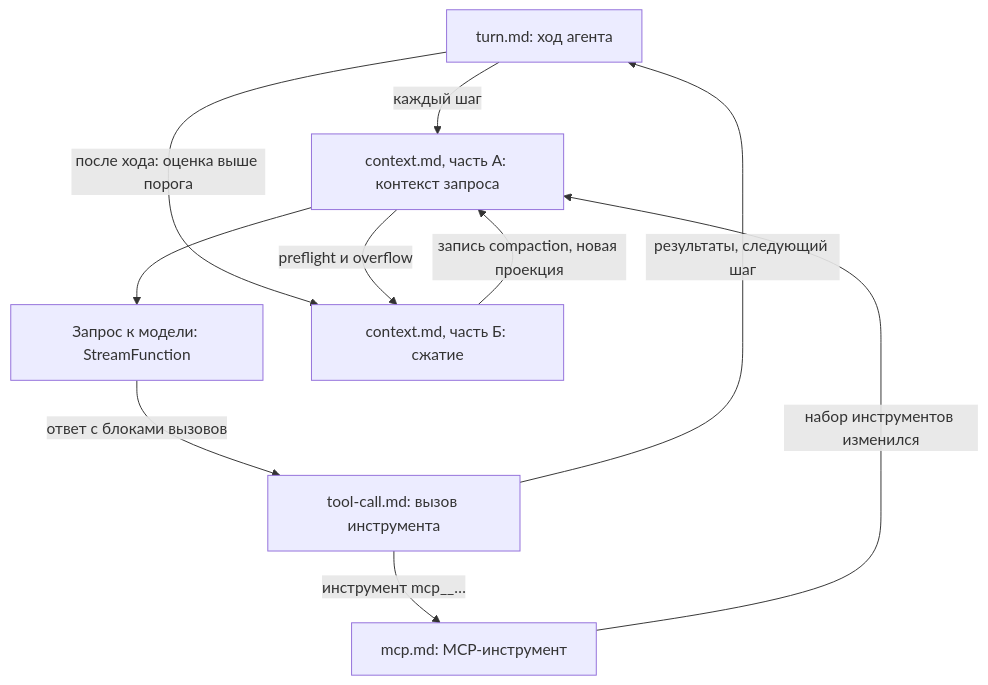
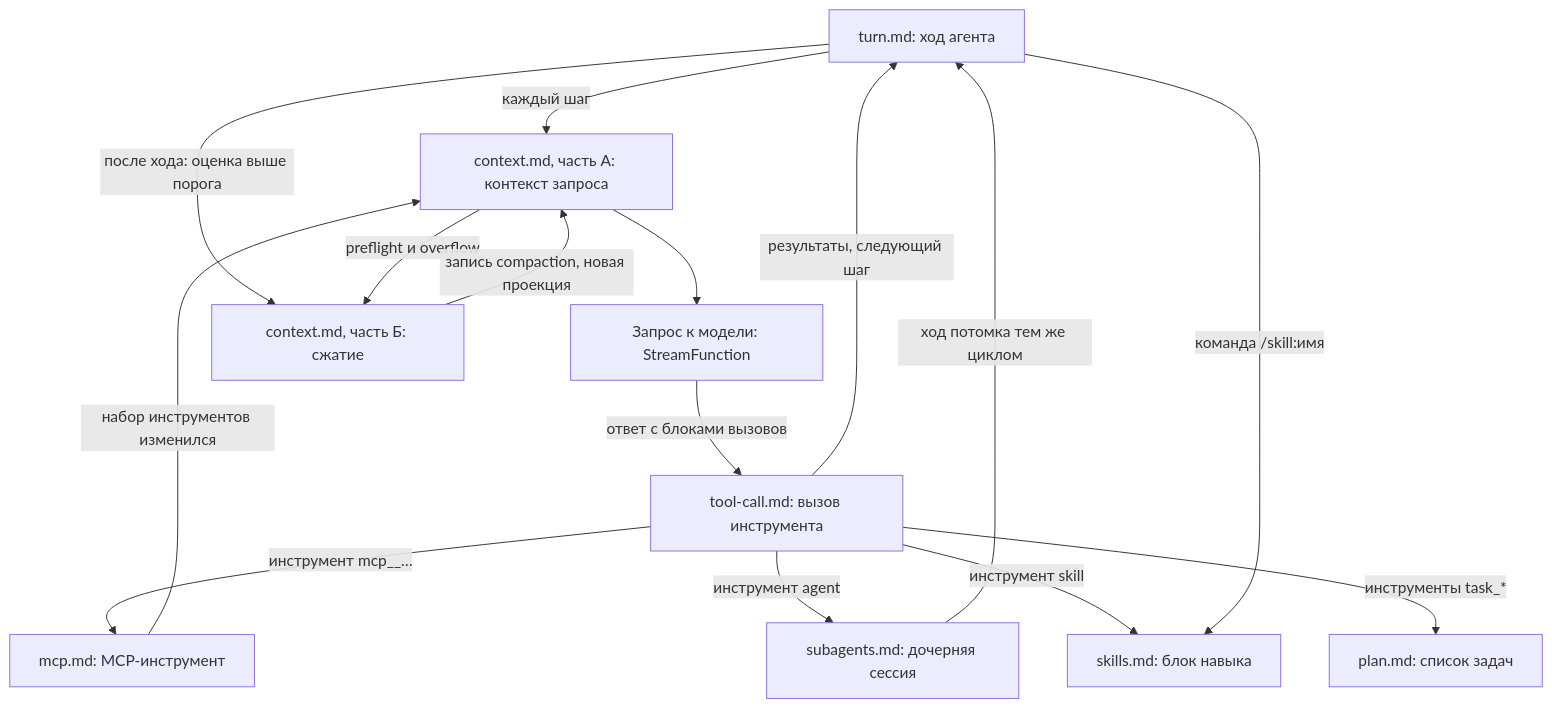
One commit to pese-git/codelab-app changed the diagram in packages/dart/codelab_agent_core/doc/algorithms/README.md. Above: the diagram before and after it, drawn with Mermaid. The commit also changed other lines of this file and 3 other files, not shown here.

Commit message:
docs: алгоритмы ядра агента — субагенты, навыки, планирование (список задач, режим plan, тип субагента plan)

````diff
--- a/packages/dart/codelab_agent_core/doc/algorithms/README.md
+++ b/packages/dart/codelab_agent_core/doc/algorithms/README.md
@@ -22,12 +25,17 @@
 ```mermaid
 flowchart TD
     turn["turn.md: ход агента"] -->|"каждый шаг"| ctx["context.md, часть А: контекст запроса"]
     ctx --> model["Запрос к модели: StreamFunction"]
     model -->|"ответ с блоками вызовов"| tc["tool-call.md: вызов инструмента"]
     tc -->|"инструмент mcp__…"| mcp["mcp.md: MCP-инструмент"]
     tc -->|"результаты, следующий шаг"| turn
     mcp -->|"набор инструментов изменился"| ctx
     turn -->|"после хода: оценка выше порога"| cmp["context.md, часть Б: сжатие"]
     ctx -->|"preflight и overflow"| cmp
     cmp -->|"запись compaction, новая проекция"| ctx
+    tc -->|"инструмент agent"| sub["subagents.md: дочерняя сессия"]
+    sub -->|"ход потомка тем же циклом"| turn
+    tc -->|"инструмент skill"| sk["skills.md: блок навыка"]
+    turn -->|"команда /skill:имя"| sk
+    tc -->|"инструменты task_*"| pl["plan.md: список задач"]
 ```
````
